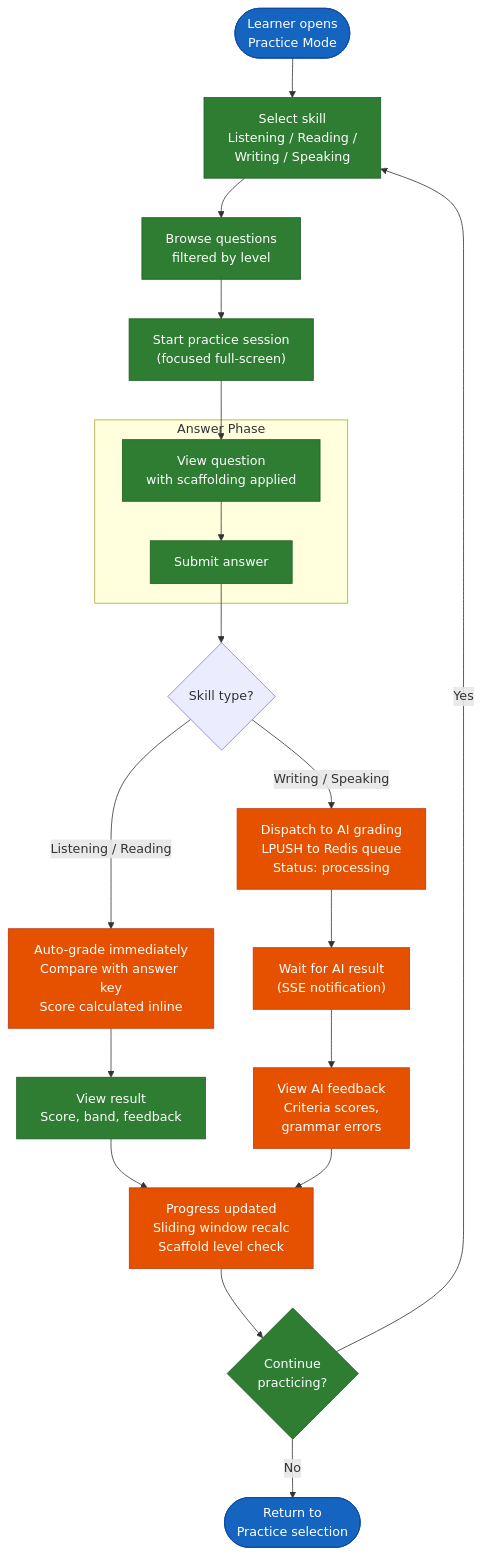
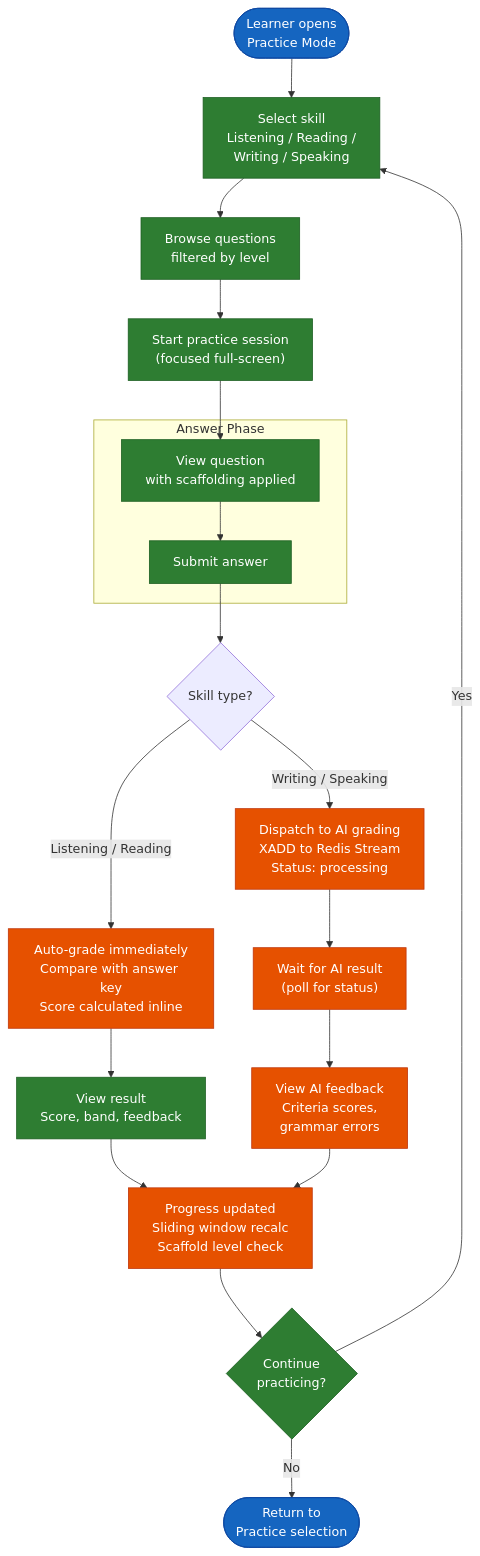
The tenth of 16 diagrams in docs/capstone/reports/ENG/report3-software-requirement-specification.md (nghyane/VSTEP), drawn with Mermaid before and after one commit. The commit also changed other lines of this file and 1 other file, not shown here.

Commit message:
docs: align report 3 with current architecture

````diff
--- a/docs/capstone/reports/ENG/report3-software-requirement-specification.md
+++ b/docs/capstone/reports/ENG/report3-software-requirement-specification.md
@@ -1251,52 +1231,52 @@
 ```mermaid
 flowchart TB
     Start(["Learner opens<br/>Practice Mode"])
 
     SkillSelect["Select skill<br/>Listening / Reading /<br/>Writing / Speaking"]
 
     ChooseQuestion["Browse questions<br/>filtered by level"]
 
     StartSession["Start practice session<br/>(focused full-screen)"]
 
     subgraph AnswerPhase ["Answer Phase"]
         ViewQuestion["View question<br/>with scaffolding applied"]
         SubmitAnswer["Submit answer"]
     end
 
     SkillCheck{"Skill type?"}
 
     AutoGrade["Auto-grade immediately<br/>Compare with answer key<br/>Score calculated inline"]
 
-    AIGrade["Dispatch to AI grading<br/>LPUSH to Redis queue<br/>Status: processing"]
+    AIGrade["Dispatch to AI grading<br/>XADD to Redis Stream<br/>Status: processing"]
 
     ViewResult["View result<br/>Score, band, feedback"]
 
-    WaitAI["Wait for AI result<br/>(SSE notification)"]
+    WaitAI["Wait for AI result<br/>(poll for status)"]
 
     ViewAIResult["View AI feedback<br/>Criteria scores,<br/>grammar errors"]
 
     UpdateProgress["Progress updated<br/>Sliding window recalc<br/>Scaffold level check"]
 
     Continue{"Continue<br/>practicing?"}
 
     End(["Return to<br/>Practice selection"])
 
     Start --> SkillSelect --> ChooseQuestion --> StartSession
     StartSession --> ViewQuestion --> SubmitAnswer
     SubmitAnswer --> SkillCheck
     SkillCheck -->|"Listening / Reading"| AutoGrade --> ViewResult
     SkillCheck -->|"Writing / Speaking"| AIGrade --> WaitAI --> ViewAIResult
     ViewResult --> UpdateProgress
     ViewAIResult --> UpdateProgress
     UpdateProgress --> Continue
     Continue -->|"Yes"| SkillSelect
     Continue -->|"No"| End
 
     classDef start fill:#1565c0,stroke:#0d47a1,color:#fff
     classDef action fill:#2e7d32,stroke:#1b5e20,color:#fff
     classDef ai fill:#e65100,stroke:#bf360c,color:#fff
 
     class Start,End start
     class SkillSelect,ChooseQuestion,StartSession,ViewQuestion,SubmitAnswer,ViewResult,Continue action
     class AutoGrade,AIGrade,WaitAI,ViewAIResult,UpdateProgress ai
 ```
````
